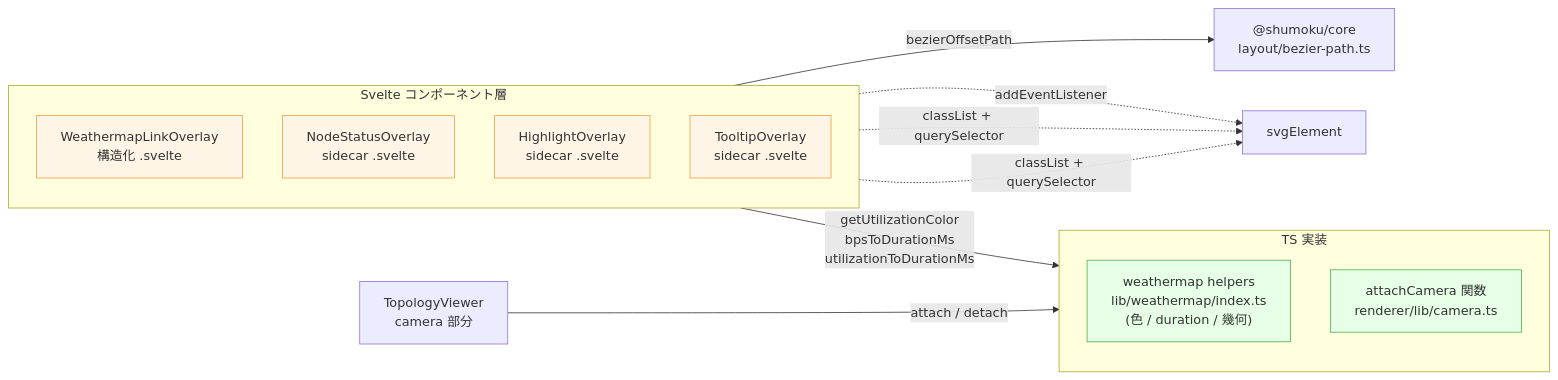
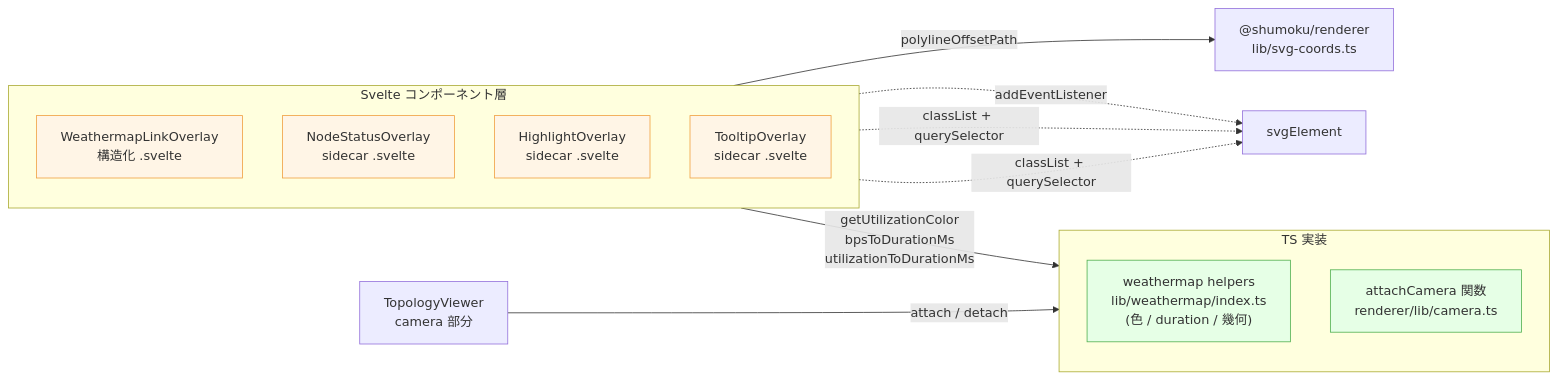
Before and after one commit to konoe-akitoshi/shumoku: the fourth of 6 diagrams in apps/server/docs/topology-rendering.md, drawn with Mermaid. The commit also changed other lines of this file and 10 other files, not shown here.

````diff
--- a/apps/server/docs/topology-rendering.md
+++ b/apps/server/docs/topology-rendering.md
@@ -432,28 +417,28 @@
 ```mermaid
 flowchart LR
   subgraph SVELTE["Svelte コンポーネント層"]
     direction TB
     WML["WeathermapLinkOverlay<br/>構造化 .svelte"]
     NSO["NodeStatusOverlay<br/>sidecar .svelte"]
     HLO["HighlightOverlay<br/>sidecar .svelte"]
     TTO["TooltipOverlay<br/>sidecar .svelte"]
   end
 
   subgraph HELPERS["TS 実装"]
     direction TB
     WMG["weathermap helpers<br/>lib/weathermap/index.ts<br/>(色 / duration / 幾何)"]
     CAM["attachCamera 関数<br/>renderer/lib/camera.ts"]
   end
 
   WML -->|getUtilizationColor<br/>bpsToDurationMs<br/>utilizationToDurationMs| WMG
-  WML -->|bezierOffsetPath| BEZ["@shumoku/core<br/>layout/bezier-path.ts"]
+  WML -->|polylineOffsetPath| BEZ["@shumoku/renderer<br/>lib/svg-coords.ts"]
   TTO -. addEventListener .-> SVG[svgElement]
   HLO -. classList + querySelector .-> SVG
   NSO -. classList + querySelector .-> SVG
   TVCAM[TopologyViewer<br/>camera 部分] -->|attach / detach| CAM
 
   classDef svelte fill:#fff5e6,stroke:#f0a040
   classDef ts fill:#e6ffe6,stroke:#50b050
   class WML,NSO,HLO,TTO svelte
   class WMG,CAM ts
 ```
````
